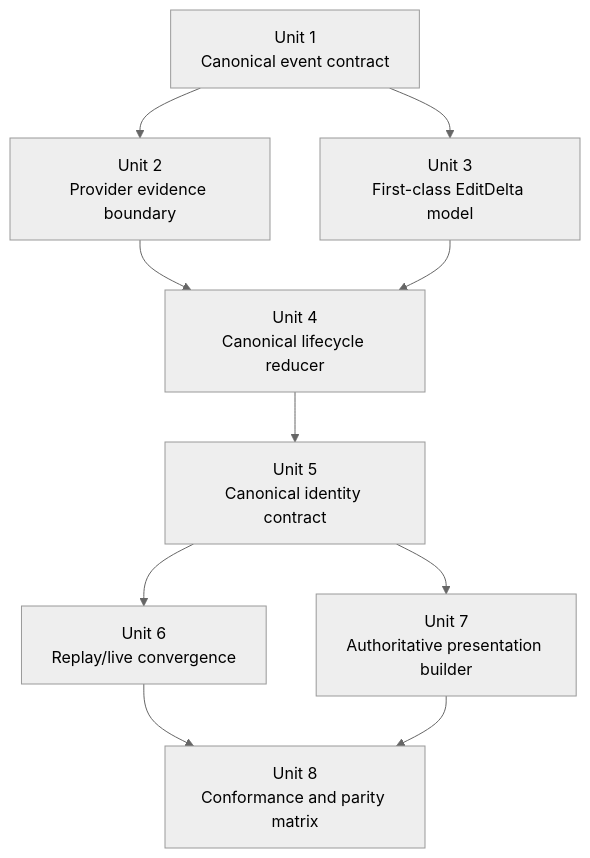
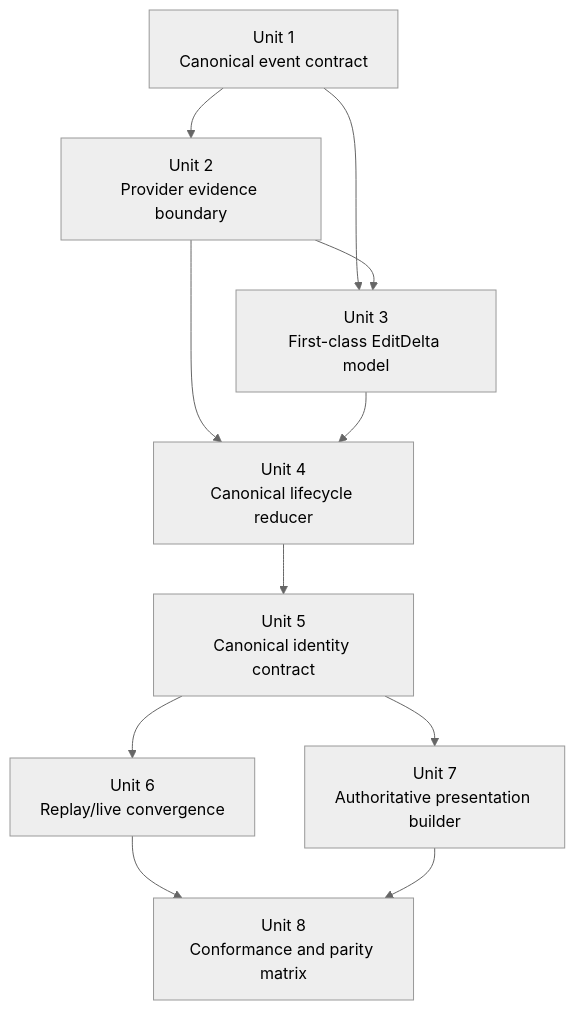
One commit to flazouh/acepe changed the diagram in docs/plans/2026-04-12-002-refactor-god-clean-operation-model-plan.md. Above: the diagram before and after it, drawn with Mermaid (neutral theme). The commit also changed 7 other files, not shown here.

````diff
--- a/docs/plans/2026-04-12-002-refactor-god-clean-operation-model-plan.md
+++ b/docs/plans/2026-04-12-002-refactor-god-clean-operation-model-plan.md
@@ -216,21 +216,22 @@
 ```mermaid
 flowchart TB
     U1["Unit 1<br/>Canonical event contract"]
     U2["Unit 2<br/>Provider evidence boundary"]
     U3["Unit 3<br/>First-class EditDelta model"]
     U4["Unit 4<br/>Canonical lifecycle reducer"]
     U5["Unit 5<br/>Canonical identity contract"]
     U6["Unit 6<br/>Replay/live convergence"]
     U7["Unit 7<br/>Authoritative presentation builder"]
     U8["Unit 8<br/>Conformance and parity matrix"]
 
     U1 --> U2
     U1 --> U3
+    U2 --> U3
     U2 --> U4
     U3 --> U4
     U4 --> U5
     U5 --> U6
     U5 --> U7
     U6 --> U8
     U7 --> U8
 ```
````
